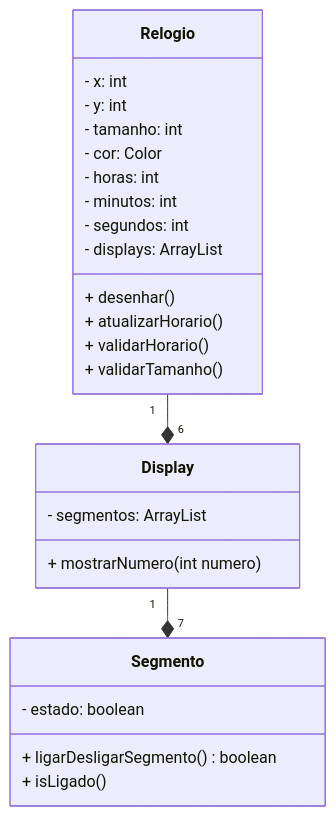
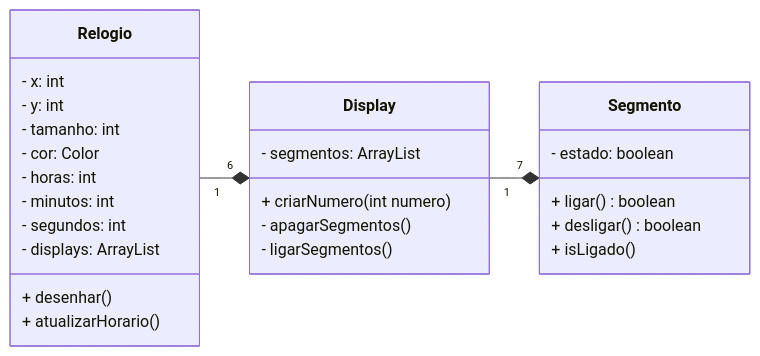
The diagram in lab-05/Readme.md (gaspanhol/POO), drawn with Mermaid before and after one commit. The commit also changed 3 other files, not shown here.

Commit message:
Criação das classes Relogio, Displau e Segmento em JAVA. Alterações pequenas na UML. Classes Relogio e App incompletas

````diff
--- a/lab-05/Readme.md
+++ b/lab-05/Readme.md
@@ -3,33 +3,36 @@
 ```mermaid
 classDiagram
+    
+    direction LR
     
     Relogio "1" --* "6" Display
     Display "1" --* "7" Segmento
     
     class Relogio {
         - x: int
         - y: int
         - tamanho: int
         - cor: Color
         - horas: int
         - minutos: int
         - segundos: int
         - displays: ArrayList<Display>
         + desenhar()
         + atualizarHorario()
-        + validarHorario()
-        + validarTamanho()
     }
     
     class Display {
         - segmentos: ArrayList<Segmento>
-        + mostrarNumero(int numero)
+        + criarNumero(int numero)
+        - apagarSegmentos()
+        - ligarSegmentos()
     }
     
     class Segmento {
         - estado: boolean
-        + ligarDesligarSegmento() boolean
+        + ligar() boolean
+        + desligar() boolean
         + isLigado()
     }
 
 ```
````
